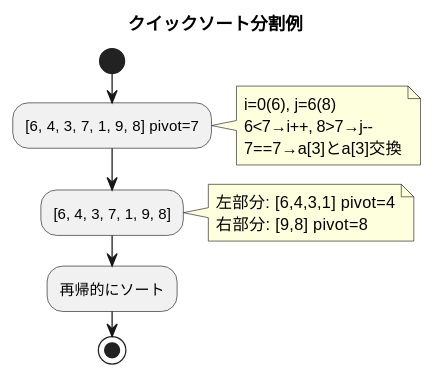
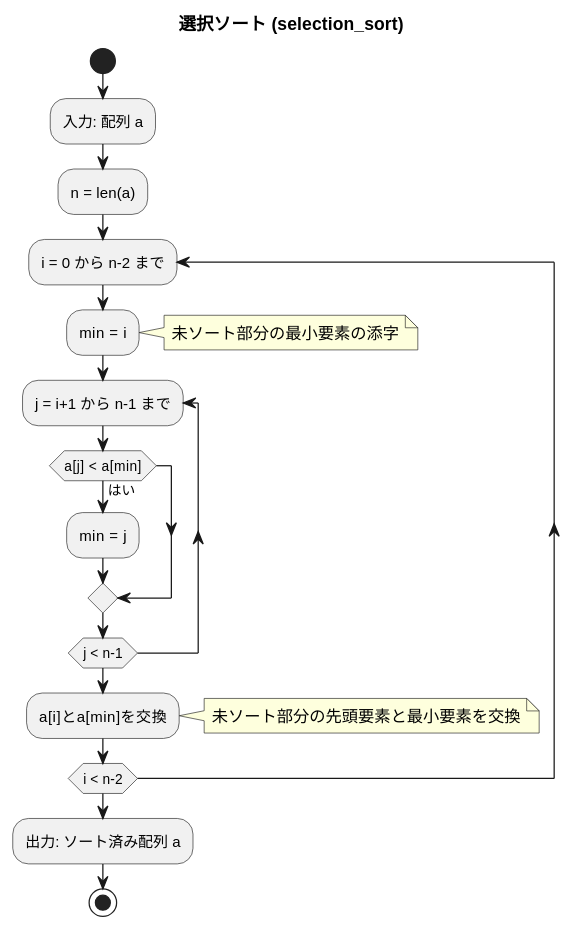
The second of 6 diagrams in docs/article/python/06-sort-algorithms.md (k2works/getting-started-algorithm), drawn with PlantUML before and after one commit. The commit also changed other lines of this file and 8 other files, not shown here.

````diff
--- a/docs/article/python/06-sort-algorithms.md
+++ b/docs/article/python/06-sort-algorithms.md
@@ -185,22 +215,30 @@
 ```plantuml
 @startuml
-title クイックソート分割例
+title 選択ソート (selection_sort)
 
 start
-:[6, 4, 3, 7, 1, 9, 8] pivot=7;
-note right
-  i=0(6), j=6(8)
-  6<7→i++, 8>7→j--
-  7==7→a[3]とa[3]交換
-end note
+:入力: 配列 a;
+:n = len(a);
 
-:[6, 4, 3, 7, 1, 9, 8];
-note right
-  左部分: [6,4,3,1] pivot=4
-  右部分: [9,8] pivot=8
-end note
+repeat :i = 0 から n-2 まで;
+  :min = i;
+  note right
+    未ソート部分の最小要素の添字
+  end note
 
-:再帰的にソート;
+  repeat :j = i+1 から n-1 まで;
+    if (a[j] < a[min]) then (はい)
+      :min = j;
+    endif
+  repeat while (j < n-1)
+
+  :a[i]とa[min]を交換;
+  note right
+    未ソート部分の先頭要素と最小要素を交換
+  end note
+repeat while (i < n-2)
+
+:出力: ソート済み配列 a;
 stop
 @enduml
 ```
````
